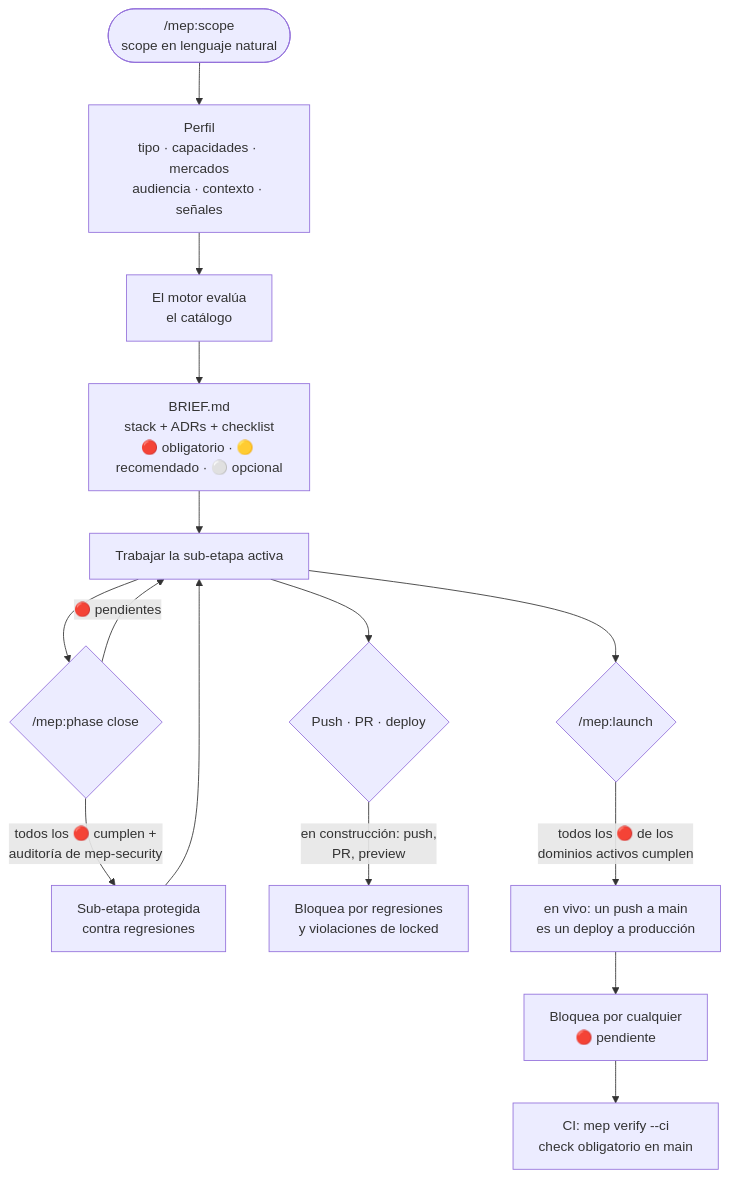
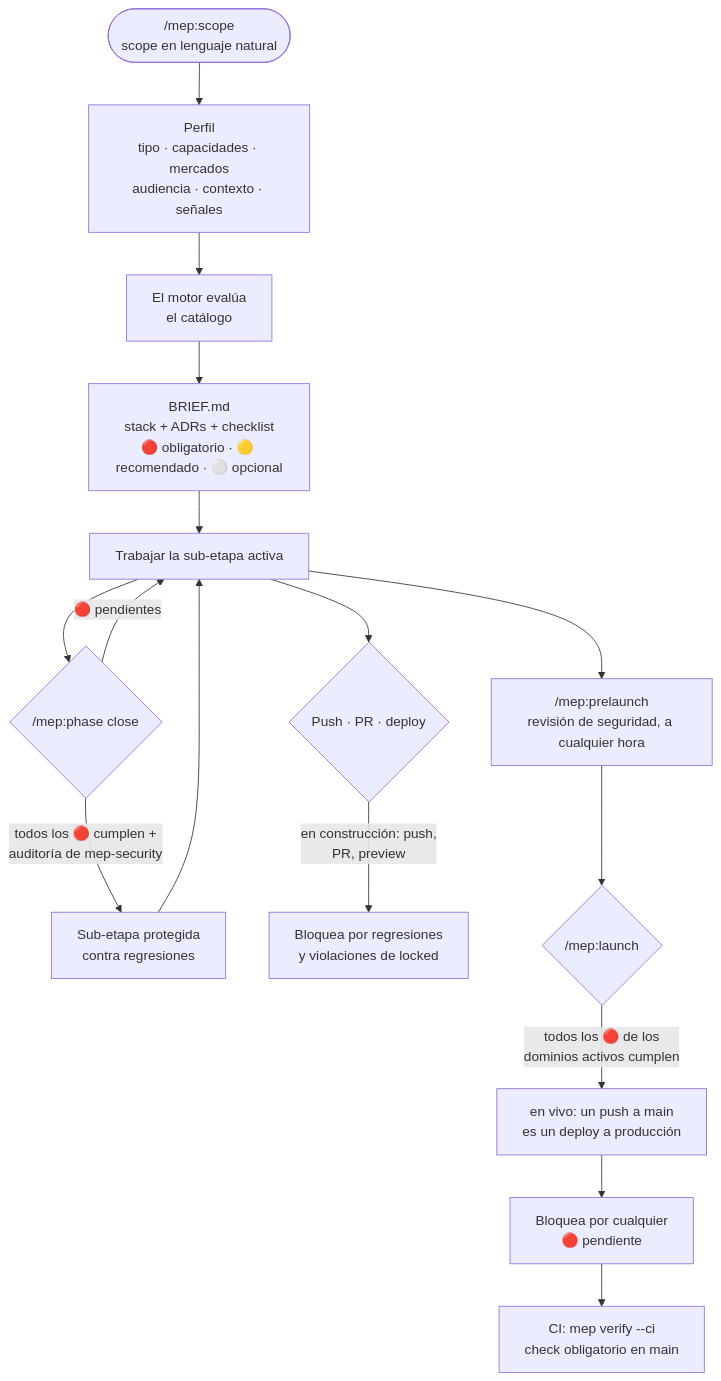
One commit to engelbertgm/Mise-en-place changed the diagram in README.es.md. Above: the diagram before and after it, drawn with Mermaid. The commit also changed other lines of this file and 1 other file, not shown here.

First line of the commit message:
docs: README (en, es) reflects domains, stage and go-live, prelaunch review, panel and flow line, language rules, catalog numbers

````diff
--- a/README.es.md
+++ b/README.es.md
@@ -26,17 +26,18 @@
 ```mermaid
 flowchart TD
     U(["/mep:scope<br/>scope en lenguaje natural"]) --> P["Perfil<br/>tipo · capacidades · mercados<br/>audiencia · contexto · señales"]
     P --> E["El motor evalúa<br/>el catálogo"]
     E --> B["BRIEF.md<br/>stack + ADRs + checklist<br/>🔴 obligatorio · 🟡 recomendado · ⚪ opcional"]
     B --> W["Trabajar la sub-etapa activa"]
     W --> C{"/mep:phase close"}
     C -->|"🔴 pendientes"| W
     C -->|"todos los 🔴 cumplen +<br/>auditoría de mep-security"| L["Sub-etapa protegida<br/>contra regresiones"]
     L --> W
     W --> D{"Push · PR · deploy"}
     D -->|"en construcción: push,<br/>PR, preview"| G1["Bloquea por regresiones<br/>y violaciones de locked"]
-    W --> LA{"/mep:launch"}
+    W --> PL["/mep:prelaunch<br/>revisión de seguridad, a cualquier hora"]
+    PL --> LA{"/mep:launch"}
     LA -->|"todos los 🔴 de los<br/>dominios activos cumplen"| LIVE["en vivo: un push a main<br/>es un deploy a producción"]
     LIVE --> G2["Bloquea por cualquier<br/>🔴 pendiente"]
     G2 --> CI["CI: mep verify --ci<br/>check obligatorio en main"]
 ```
````
